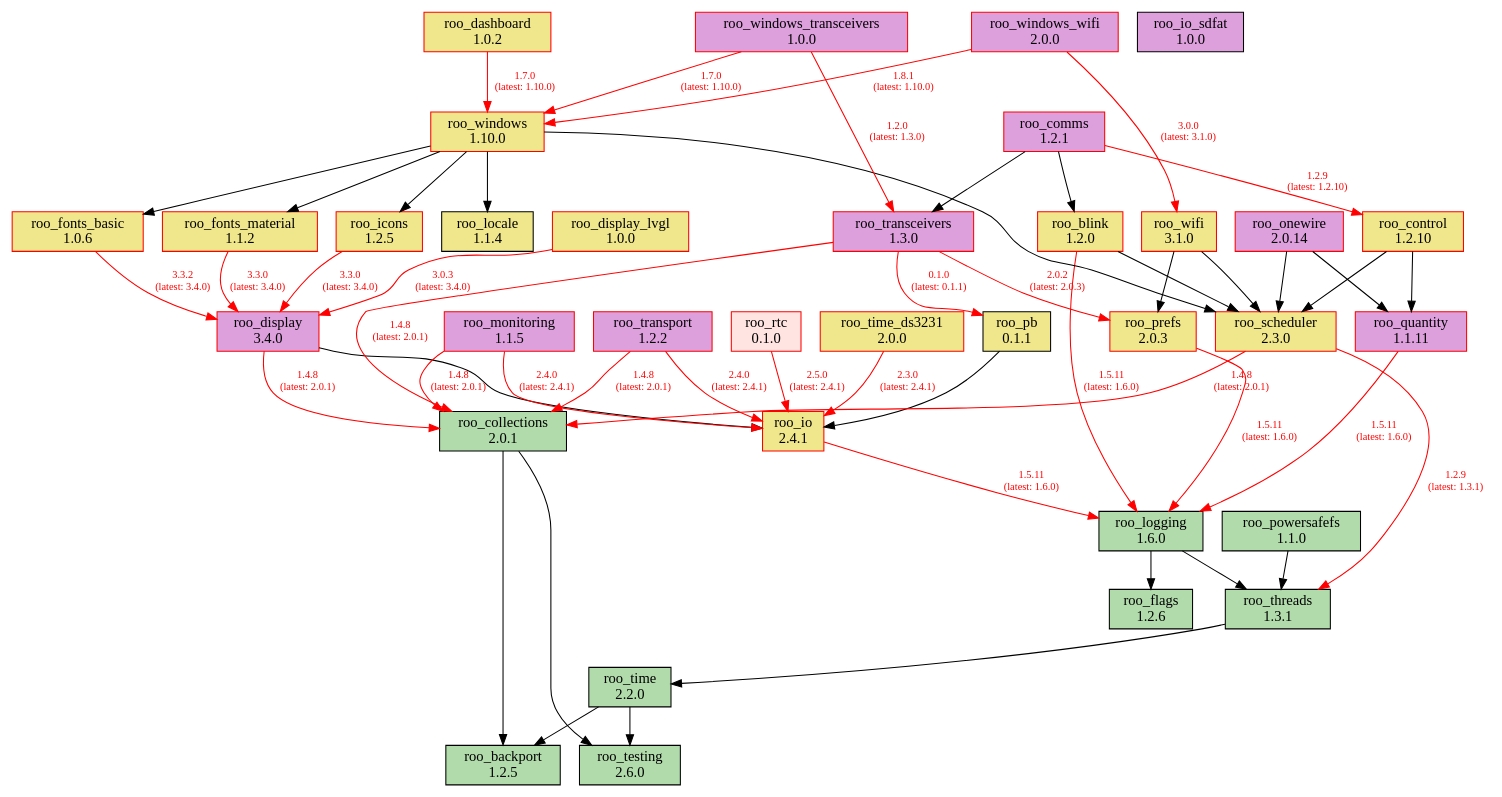
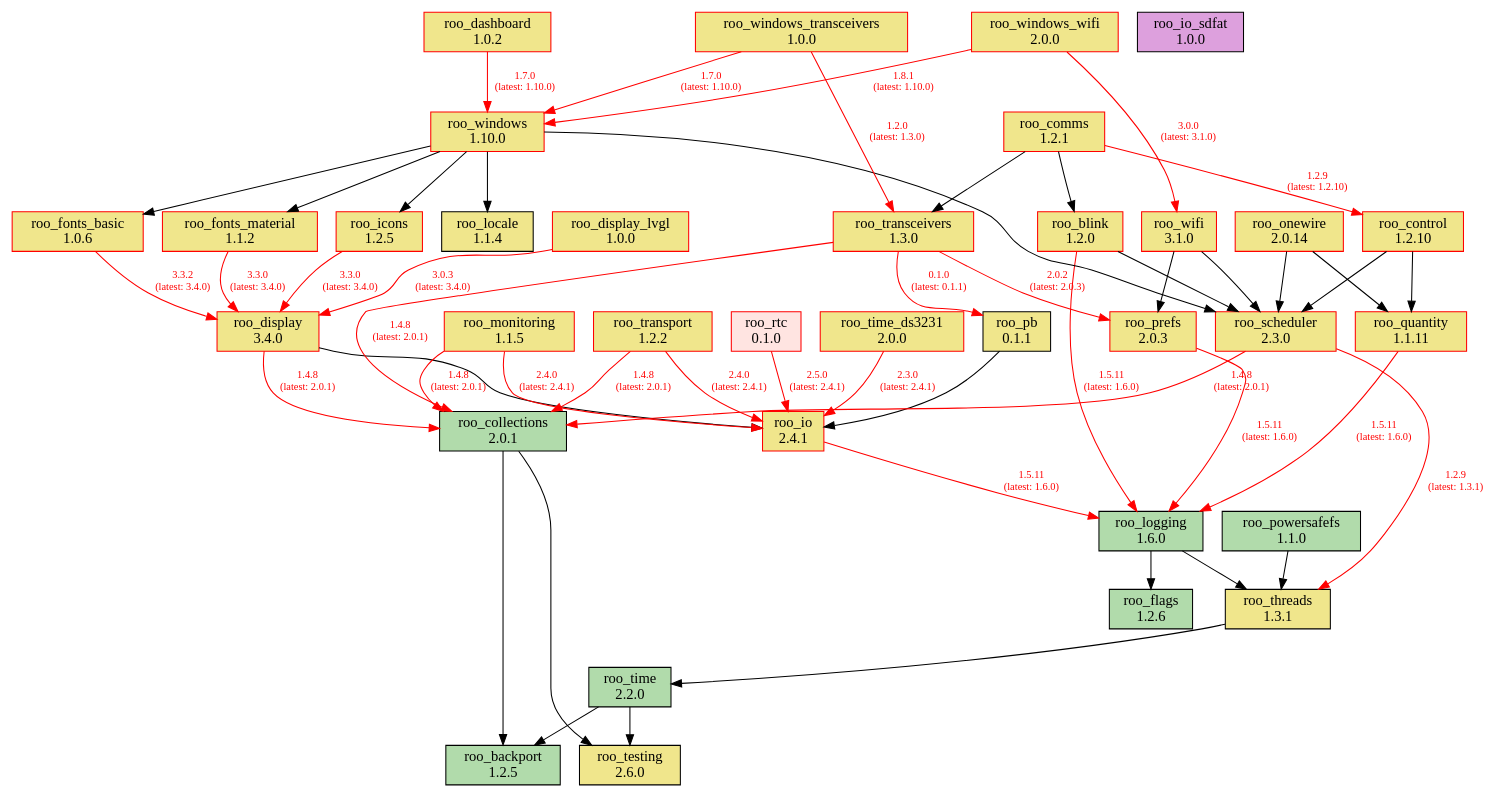
The diagram in doc/dependencies.dot (dejwk/roo-registry), drawn with Graphviz before and after one commit. The commit also changed 1 other file, not shown here.

```diff
--- a/doc/dependencies.dot
+++ b/doc/dependencies.dot
@@ -1,93 +1,93 @@
 digraph dependencies {
     rankdir=TB;
     node [shape=box, style=filled];
     edge [fontsize=10];
 
     // Modules
     "roo_backport" [label="roo_backport\n1.2.5", fillcolor="#b1dbab", color="black"];
     "roo_blink" [label="roo_blink\n1.2.0", fillcolor="khaki", color="red"];
     "roo_collections" [label="roo_collections\n2.0.1", fillcolor="#b1dbab", color="black"];
-    "roo_comms" [label="roo_comms\n1.2.1", fillcolor="plum", color="red"];
+    "roo_comms" [label="roo_comms\n1.2.1", fillcolor="khaki", color="red"];
     "roo_control" [label="roo_control\n1.2.10", fillcolor="khaki", color="red"];
     "roo_dashboard" [label="roo_dashboard\n1.0.2", fillcolor="khaki", color="red"];
-    "roo_display" [label="roo_display\n3.4.0", fillcolor="plum", color="red"];
+    "roo_display" [label="roo_display\n3.4.0", fillcolor="khaki", color="red"];
     "roo_display_lvgl" [label="roo_display_lvgl\n1.0.0", fillcolor="khaki", color="red"];
     "roo_flags" [label="roo_flags\n1.2.6", fillcolor="#b1dbab", color="black"];
     "roo_fonts_basic" [label="roo_fonts_basic\n1.0.6", fillcolor="khaki", color="red"];
     "roo_fonts_material" [label="roo_fonts_material\n1.1.2", fillcolor="khaki", color="red"];
     "roo_icons" [label="roo_icons\n1.2.5", fillcolor="khaki", color="red"];
     "roo_io" [label="roo_io\n2.4.1", fillcolor="khaki", color="red"];
     "roo_io_sdfat" [label="roo_io_sdfat\n1.0.0", fillcolor="plum", color="black"];
     "roo_locale" [label="roo_locale\n1.1.4", fillcolor="khaki", color="black"];
     "roo_logging" [label="roo_logging\n1.6.0", fillcolor="#b1dbab", color="black"];
-    "roo_monitoring" [label="roo_monitoring\n1.1.5", fillcolor="plum", color="red"];
-    "roo_onewire" [label="roo_onewire\n2.0.14", fillcolor="plum", color="red"];
+    "roo_monitoring" [label="roo_monitoring\n1.1.5", fillcolor="khaki", color="red"];
+    "roo_onewire" [label="roo_onewire\n2.0.14", fillcolor="khaki", color="red"];
     "roo_pb" [label="roo_pb\n0.1.1", fillcolor="khaki", color="black"];
     "roo_powersafefs" [label="roo_powersafefs\n1.1.0", fillcolor="#b1dbab", color="black"];
     "roo_prefs" [label="roo_prefs\n2.0.3", fillcolor="khaki", color="red"];
-    "roo_quantity" [label="roo_quantity\n1.1.11", fillcolor="plum", color="red"];
+    "roo_quantity" [label="roo_quantity\n1.1.11", fillcolor="khaki", color="red"];
     "roo_rtc" [label="roo_rtc\n0.1.0", fillcolor="mistyrose", color="red"];
     "roo_scheduler" [label="roo_scheduler\n2.3.0", fillcolor="khaki", color="red"];
-    "roo_testing" [label="roo_testing\n2.6.0", fillcolor="#b1dbab", color="black"];
-    "roo_threads" [label="roo_threads\n1.3.1", fillcolor="#b1dbab", color="black"];
+    "roo_testing" [label="roo_testing\n2.6.0", fillcolor="khaki", color="black"];
+    "roo_threads" [label="roo_threads\n1.3.1", fillcolor="khaki", color="black"];
     "roo_time" [label="roo_time\n2.2.0", fillcolor="#b1dbab", color="black"];
     "roo_time_ds3231" [label="roo_time_ds3231\n2.0.0", fillcolor="khaki", color="red"];
-    "roo_transceivers" [label="roo_transceivers\n1.3.0", fillcolor="plum", color="red"];
-    "roo_transport" [label="roo_transport\n1.2.2", fillcolor="plum", color="red"];
+    "roo_transceivers" [label="roo_transceivers\n1.3.0", fillcolor="khaki", color="red"];
+    "roo_transport" [label="roo_transport\n1.2.2", fillcolor="khaki", color="red"];
     "roo_wifi" [label="roo_wifi\n3.1.0", fillcolor="khaki", color="red"];
     "roo_windows" [label="roo_windows\n1.10.0", fillcolor="khaki", color="red"];
-    "roo_windows_transceivers" [label="roo_windows_transceivers\n1.0.0", fillcolor="plum", color="red"];
-    "roo_windows_wifi" [label="roo_windows_wifi\n2.0.0", fillcolor="plum", color="red"];
+    "roo_windows_transceivers" [label="roo_windows_transceivers\n1.0.0", fillcolor="khaki", color="red"];
+    "roo_windows_wifi" [label="roo_windows_wifi\n2.0.0", fillcolor="khaki", color="red"];
 
     // Dependencies
     "roo_blink" -> "roo_logging" [color=red, fontcolor=red, label="1.5.11\n(latest: 1.6.0)"];
     "roo_blink" -> "roo_scheduler";
     "roo_collections" -> "roo_testing";
     "roo_collections" -> "roo_backport";
     "roo_comms" -> "roo_blink";
     "roo_comms" -> "roo_control" [color=red, fontcolor=red, label="1.2.9\n(latest: 1.2.10)"];
     "roo_comms" -> "roo_transceivers";
     "roo_control" -> "roo_quantity";
     "roo_control" -> "roo_scheduler";
     "roo_dashboard" -> "roo_windows" [color=red, fontcolor=red, label="1.7.0\n(latest: 1.10.0)"];
     "roo_display" -> "roo_collections" [color=red, fontcolor=red, label="1.4.8\n(latest: 2.0.1)"];
     "roo_display" -> "roo_io";
     "roo_display_lvgl" -> "roo_display" [color=red, fontcolor=red, label="3.0.3\n(latest: 3.4.0)"];
     "roo_fonts_basic" -> "roo_display" [color=red, fontcolor=red, label="3.3.2\n(latest: 3.4.0)"];
     "roo_fonts_material" -> "roo_display" [color=red, fontcolor=red, label="3.3.0\n(latest: 3.4.0)"];
     "roo_icons" -> "roo_display" [color=red, fontcolor=red, label="3.3.0\n(latest: 3.4.0)"];
     "roo_io" -> "roo_logging" [color=red, fontcolor=red, label="1.5.11\n(latest: 1.6.0)"];
     "roo_logging" -> "roo_flags";
     "roo_logging" -> "roo_threads";
     "roo_monitoring" -> "roo_collections" [color=red, fontcolor=red, label="1.4.8\n(latest: 2.0.1)"];
     "roo_monitoring" -> "roo_io" [color=red, fontcolor=red, label="2.4.0\n(latest: 2.4.1)"];
     "roo_onewire" -> "roo_scheduler";
     "roo_onewire" -> "roo_quantity";
     "roo_pb" -> "roo_io";
     "roo_powersafefs" -> "roo_threads";
     "roo_prefs" -> "roo_logging" [color=red, fontcolor=red, label="1.5.11\n(latest: 1.6.0)"];
     "roo_quantity" -> "roo_logging" [color=red, fontcolor=red, label="1.5.11\n(latest: 1.6.0)"];
     "roo_rtc" -> "roo_io" [color=red, fontcolor=red, label="2.5.0\n(latest: 2.4.1)"];
     "roo_scheduler" -> "roo_collections" [color=red, fontcolor=red, label="1.4.8\n(latest: 2.0.1)"];
     "roo_scheduler" -> "roo_threads" [color=red, fontcolor=red, label="1.2.9\n(latest: 1.3.1)"];
     "roo_threads" -> "roo_time";
     "roo_time" -> "roo_testing";
     "roo_time" -> "roo_backport";
     "roo_time_ds3231" -> "roo_io" [color=red, fontcolor=red, label="2.3.0\n(latest: 2.4.1)"];
     "roo_transceivers" -> "roo_pb" [color=red, fontcolor=red, label="0.1.0\n(latest: 0.1.1)"];
     "roo_transceivers" -> "roo_collections" [color=red, fontcolor=red, label="1.4.8\n(latest: 2.0.1)"];
     "roo_transceivers" -> "roo_prefs" [color=red, fontcolor=red, label="2.0.2\n(latest: 2.0.3)"];
     "roo_transport" -> "roo_collections" [color=red, fontcolor=red, label="1.4.8\n(latest: 2.0.1)"];
     "roo_transport" -> "roo_io" [color=red, fontcolor=red, label="2.4.0\n(latest: 2.4.1)"];
     "roo_wifi" -> "roo_prefs";
     "roo_wifi" -> "roo_scheduler";
     "roo_windows" -> "roo_fonts_basic";
     "roo_windows" -> "roo_fonts_material";
     "roo_windows" -> "roo_locale";
     "roo_windows" -> "roo_icons";
     "roo_windows" -> "roo_scheduler";
     "roo_windows_transceivers" -> "roo_transceivers" [color=red, fontcolor=red, label="1.2.0\n(latest: 1.3.0)"];
     "roo_windows_transceivers" -> "roo_windows" [color=red, fontcolor=red, label="1.7.0\n(latest: 1.10.0)"];
     "roo_windows_wifi" -> "roo_wifi" [color=red, fontcolor=red, label="3.0.0\n(latest: 3.1.0)"];
     "roo_windows_wifi" -> "roo_windows" [color=red, fontcolor=red, label="1.8.1\n(latest: 1.10.0)"];
 }
```
